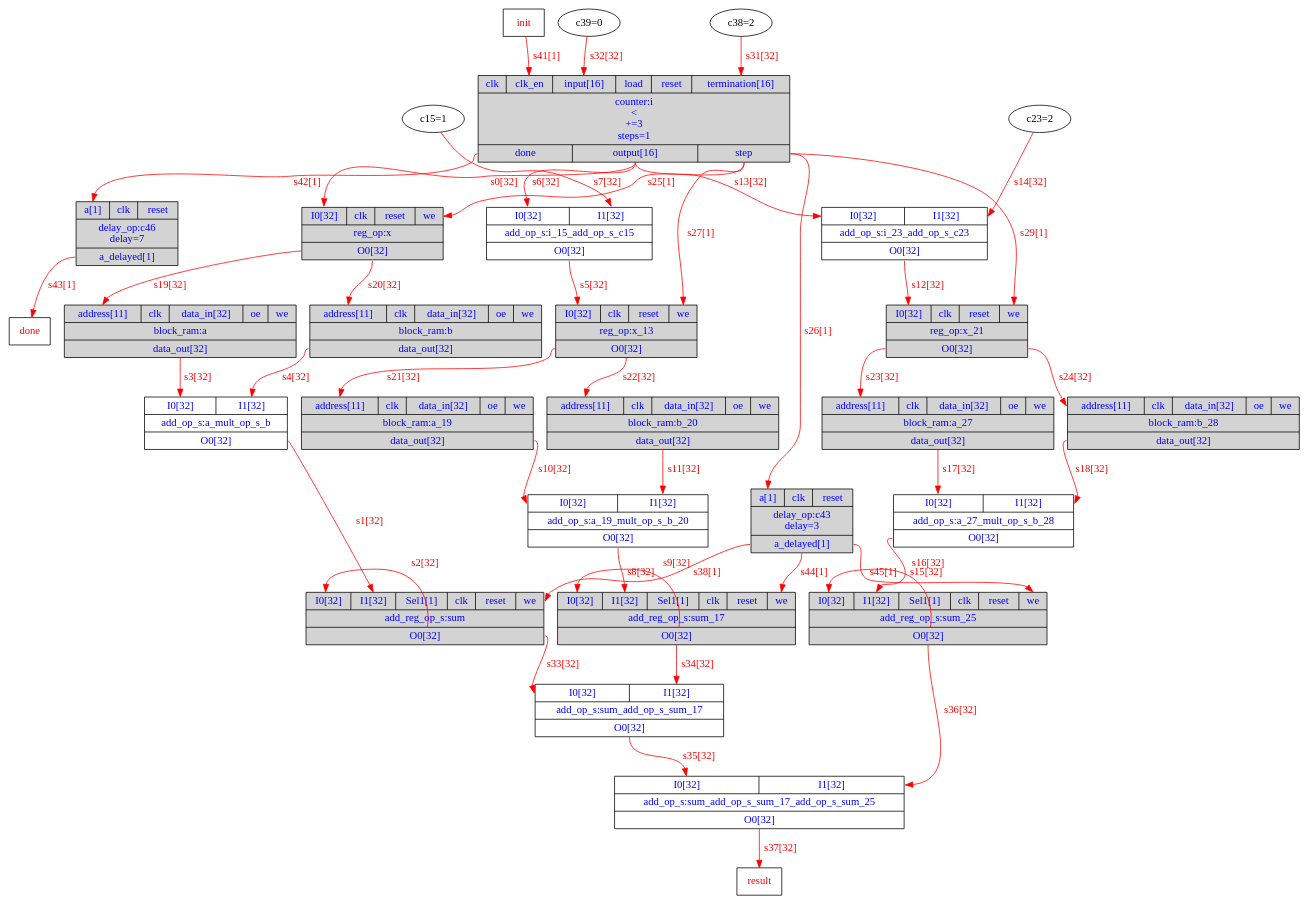
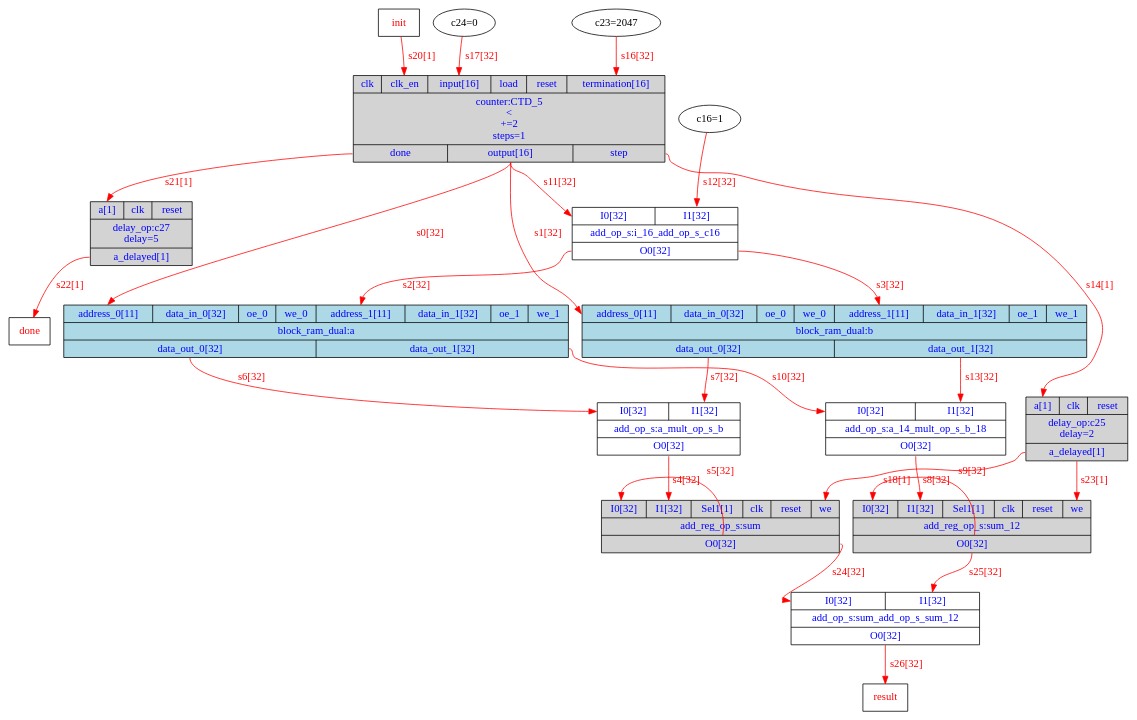
Before and after one commit to menotti/lalp: the diagram in branches/LALPC/Exemplos/dotprod/DOT/Exemplo_HW.dot, drawn with Graphviz. The commit also changed 20 other files, not shown here.

```diff
--- a/branches/LALPC/Exemplos/dotprod/DOT/Exemplo_HW.dot
+++ b/branches/LALPC/Exemplos/dotprod/DOT/Exemplo_HW.dot
@@ -1,68 +1,40 @@
 digraph diagram {
 // Components (Nodes) 
-"i" [shape=record, fontcolor=blue, style="filled", fillcolor="lightgray", label="{{<clk>clk|<clk_en>clk_en|<input>input[16]|<load>load|<reset>reset|<termination>termination[16]}|counter:i\n\<\n+=3\nsteps=1|{<done>done|<output>output[16]|<step>step}}"]; 
-"x" [shape=record, fontcolor=blue, style="filled", fillcolor="lightgray", label="{{<I0>I0[32]|<clk>clk|<reset>reset|<we>we}|reg_op:x|{<O0>O0[32]}}"]; 
+"CTD_5" [shape=record, fontcolor=blue, style="filled", fillcolor="lightgray", label="{{<clk>clk|<clk_en>clk_en|<input>input[16]|<load>load|<reset>reset|<termination>termination[16]}|counter:CTD_5\n\<\n+=2\nsteps=1|{<done>done|<output>output[16]|<step>step}}"]; 
 "sum" [shape=record, fontcolor=blue, style="filled", fillcolor="lightgray", label="{{<I0>I0[32]|<I1>I1[32]|<Sel1>Sel1[1]|<clk>clk|<reset>reset|<we>we}|add_reg_op_s:sum|{<O0>O0[32]}}"]; 
 "a_mult_op_s_b" [shape=record, fontcolor=blue, label="{{<I0>I0[32]|<I1>I1[32]}|add_op_s:a_mult_op_s_b|{<O0>O0[32]}}"]; 
-"a" [shape=record, fontcolor=blue, style="filled", fillcolor="lightgray", label="{{<address>address[11]|<clk>clk|<data_in>data_in[32]|<oe>oe|<we>we}|block_ram:a|{<data_out>data_out[32]}}"]; 
-"b" [shape=record, fontcolor=blue, style="filled", fillcolor="lightgray", label="{{<address>address[11]|<clk>clk|<data_in>data_in[32]|<oe>oe|<we>we}|block_ram:b|{<data_out>data_out[32]}}"]; 
-"x_13" [shape=record, fontcolor=blue, style="filled", fillcolor="lightgray", label="{{<I0>I0[32]|<clk>clk|<reset>reset|<we>we}|reg_op:x_13|{<O0>O0[32]}}"]; 
-"i_15_add_op_s_c15" [shape=record, fontcolor=blue, label="{{<I0>I0[32]|<I1>I1[32]}|add_op_s:i_15_add_op_s_c15|{<O0>O0[32]}}"]; 
-"c15" [fontcolor=b label="c15=1"]"sum_17" [shape=record, fontcolor=blue, style="filled", fillcolor="lightgray", label="{{<I0>I0[32]|<I1>I1[32]|<Sel1>Sel1[1]|<clk>clk|<reset>reset|<we>we}|add_reg_op_s:sum_17|{<O0>O0[32]}}"]; 
-"a_19_mult_op_s_b_20" [shape=record, fontcolor=blue, label="{{<I0>I0[32]|<I1>I1[32]}|add_op_s:a_19_mult_op_s_b_20|{<O0>O0[32]}}"]; 
-"a_19" [shape=record, fontcolor=blue, style="filled", fillcolor="lightgray", label="{{<address>address[11]|<clk>clk|<data_in>data_in[32]|<oe>oe|<we>we}|block_ram:a_19|{<data_out>data_out[32]}}"]; 
-"b_20" [shape=record, fontcolor=blue, style="filled", fillcolor="lightgray", label="{{<address>address[11]|<clk>clk|<data_in>data_in[32]|<oe>oe|<we>we}|block_ram:b_20|{<data_out>data_out[32]}}"]; 
-"x_21" [shape=record, fontcolor=blue, style="filled", fillcolor="lightgray", label="{{<I0>I0[32]|<clk>clk|<reset>reset|<we>we}|reg_op:x_21|{<O0>O0[32]}}"]; 
-"i_23_add_op_s_c23" [shape=record, fontcolor=blue, label="{{<I0>I0[32]|<I1>I1[32]}|add_op_s:i_23_add_op_s_c23|{<O0>O0[32]}}"]; 
-"c23" [fontcolor=b label="c23=2"]"sum_25" [shape=record, fontcolor=blue, style="filled", fillcolor="lightgray", label="{{<I0>I0[32]|<I1>I1[32]|<Sel1>Sel1[1]|<clk>clk|<reset>reset|<we>we}|add_reg_op_s:sum_25|{<O0>O0[32]}}"]; 
-"a_27_mult_op_s_b_28" [shape=record, fontcolor=blue, label="{{<I0>I0[32]|<I1>I1[32]}|add_op_s:a_27_mult_op_s_b_28|{<O0>O0[32]}}"]; 
-"a_27" [shape=record, fontcolor=blue, style="filled", fillcolor="lightgray", label="{{<address>address[11]|<clk>clk|<data_in>data_in[32]|<oe>oe|<we>we}|block_ram:a_27|{<data_out>data_out[32]}}"]; 
-"b_28" [shape=record, fontcolor=blue, style="filled", fillcolor="lightgray", label="{{<address>address[11]|<clk>clk|<data_in>data_in[32]|<oe>oe|<we>we}|block_ram:b_28|{<data_out>data_out[32]}}"]; 
-"init" [shape=msquare fontcolor=red label="init"]"done" [shape=msquare fontcolor=red label="done"]"c38" [fontcolor=b label="c38=2"]"c39" [fontcolor=b label="c39=0"]"sum_add_op_s_sum_17" [shape=record, fontcolor=blue, label="{{<I0>I0[32]|<I1>I1[32]}|add_op_s:sum_add_op_s_sum_17|{<O0>O0[32]}}"]; 
-"sum_add_op_s_sum_17_add_op_s_sum_25" [shape=record, fontcolor=blue, label="{{<I0>I0[32]|<I1>I1[32]}|add_op_s:sum_add_op_s_sum_17_add_op_s_sum_25|{<O0>O0[32]}}"]; 
-"result" [shape=msquare fontcolor=red label="result"]"c43" [shape=record, fontcolor=blue, style="filled", fillcolor="lightgray", label="{{<a>a[1]|<clk>clk|<reset>reset}|delay_op:c43\ndelay=3|{<a_delayed>a_delayed[1]}}"]; 
-"c46" [shape=record, fontcolor=blue, style="filled", fillcolor="lightgray", label="{{<a>a[1]|<clk>clk|<reset>reset}|delay_op:c46\ndelay=7|{<a_delayed>a_delayed[1]}}"]; 
+"sum_12" [shape=record, fontcolor=blue, style="filled", fillcolor="lightgray", label="{{<I0>I0[32]|<I1>I1[32]|<Sel1>Sel1[1]|<clk>clk|<reset>reset|<we>we}|add_reg_op_s:sum_12|{<O0>O0[32]}}"]; 
+"a_14_mult_op_s_b_18" [shape=record, fontcolor=blue, label="{{<I0>I0[32]|<I1>I1[32]}|add_op_s:a_14_mult_op_s_b_18|{<O0>O0[32]}}"]; 
+"i_16_add_op_s_c16" [shape=record, fontcolor=blue, label="{{<I0>I0[32]|<I1>I1[32]}|add_op_s:i_16_add_op_s_c16|{<O0>O0[32]}}"]; 
+"c16" [fontcolor=b label="c16=1"]"init" [shape=msquare fontcolor=red label="init"]"done" [shape=msquare fontcolor=red label="done"]"c23" [fontcolor=b label="c23=2047"]"c24" [fontcolor=b label="c24=0"]"c25" [shape=record, fontcolor=blue, style="filled", fillcolor="lightgray", label="{{<a>a[1]|<clk>clk|<reset>reset}|delay_op:c25\ndelay=2|{<a_delayed>a_delayed[1]}}"]; 
+"c27" [shape=record, fontcolor=blue, style="filled", fillcolor="lightgray", label="{{<a>a[1]|<clk>clk|<reset>reset}|delay_op:c27\ndelay=5|{<a_delayed>a_delayed[1]}}"]; 
+"sum_add_op_s_sum_12" [shape=record, fontcolor=blue, label="{{<I0>I0[32]|<I1>I1[32]}|add_op_s:sum_add_op_s_sum_12|{<O0>O0[32]}}"]; 
+"result" [shape=msquare fontcolor=red label="result"]"a" [shape=record, fontcolor=blue, style="filled", fillcolor="lightblue", label="{{<address_0>address_0[11]|<data_in_0>data_in_0[32]|<oe_0>oe_0|<we_0>we_0|<address_1>address_1[11]|<data_in_1>data_in_1[32]|<oe_1>oe_1|<we_1>we_1}|block_ram_dual:a|{<data_out_0>data_out_0[32]|<data_out_1>data_out_1[32]}}"]; 
+"b" [shape=record, fontcolor=blue, style="filled", fillcolor="lightblue", label="{{<address_0>address_0[11]|<data_in_0>data_in_0[32]|<oe_0>oe_0|<we_0>we_0|<address_1>address_1[11]|<data_in_1>data_in_1[32]|<oe_1>oe_1|<we_1>we_1}|block_ram_dual:b|{<data_out_0>data_out_0[32]|<data_out_1>data_out_1[32]}}"]; 
 // Signals (Edges) 
-"i":output -> "x":I0[label="s0[32]" color=red fontcolor=red]; 
-"a_mult_op_s_b":O0 -> "sum":I1[label="s1[32]" color=red fontcolor=red]; 
-"sum":O0 -> "sum":I0[label="s2[32]" color=red fontcolor=red]; 
-"a":data_out -> "a_mult_op_s_b":I0[label="s3[32]" color=red fontcolor=red]; 
-"b":data_out -> "a_mult_op_s_b":I1[label="s4[32]" color=red fontcolor=red]; 
-"i_15_add_op_s_c15":O0 -> "x_13":I0[label="s5[32]" color=red fontcolor=red]; 
-"i":output -> "i_15_add_op_s_c15":I0[label="s6[32]" color=red fontcolor=red]; 
-"c15":out -> "i_15_add_op_s_c15":I1[label="s7[32]" color=red fontcolor=red]; 
-"a_19_mult_op_s_b_20":O0 -> "sum_17":I1[label="s8[32]" color=red fontcolor=red]; 
-"sum_17":O0 -> "sum_17":I0[label="s9[32]" color=red fontcolor=red]; 
-"a_19":data_out -> "a_19_mult_op_s_b_20":I0[label="s10[32]" color=red fontcolor=red]; 
-"b_20":data_out -> "a_19_mult_op_s_b_20":I1[label="s11[32]" color=red fontcolor=red]; 
-"i_23_add_op_s_c23":O0 -> "x_21":I0[label="s12[32]" color=red fontcolor=red]; 
-"i":output -> "i_23_add_op_s_c23":I0[label="s13[32]" color=red fontcolor=red]; 
-"c23":out -> "i_23_add_op_s_c23":I1[label="s14[32]" color=red fontcolor=red]; 
-"a_27_mult_op_s_b_28":O0 -> "sum_25":I1[label="s15[32]" color=red fontcolor=red]; 
-"sum_25":O0 -> "sum_25":I0[label="s16[32]" color=red fontcolor=red]; 
-"a_27":data_out -> "a_27_mult_op_s_b_28":I0[label="s17[32]" color=red fontcolor=red]; 
-"b_28":data_out -> "a_27_mult_op_s_b_28":I1[label="s18[32]" color=red fontcolor=red]; 
-"x":O0 -> "a":address[label="s19[32]" color=red fontcolor=red]; 
-"x":O0 -> "b":address[label="s20[32]" color=red fontcolor=red]; 
-"x_13":O0 -> "a_19":address[label="s21[32]" color=red fontcolor=red]; 
-"x_13":O0 -> "b_20":address[label="s22[32]" color=red fontcolor=red]; 
-"x_21":O0 -> "a_27":address[label="s23[32]" color=red fontcolor=red]; 
-"x_21":O0 -> "b_28":address[label="s24[32]" color=red fontcolor=red]; 
-"i":step -> "x":we[label="s25[1]" color=red fontcolor=red]; 
-"i":step -> "c43":a[label="s26[1]" color=red fontcolor=red]; 
-"i":step -> "x_13":we[label="s27[1]" color=red fontcolor=red]; 
-"i":step -> "x_21":we[label="s29[1]" color=red fontcolor=red]; 
-"c38":out -> "i":termination[label="s31[32]" color=red fontcolor=red]; 
-"c39":out -> "i":input[label="s32[32]" color=red fontcolor=red]; 
-"sum":O0 -> "sum_add_op_s_sum_17":I0[label="s33[32]" color=red fontcolor=red]; 
-"sum_17":O0 -> "sum_add_op_s_sum_17":I1[label="s34[32]" color=red fontcolor=red]; 
-"sum_add_op_s_sum_17":O0 -> "sum_add_op_s_sum_17_add_op_s_sum_25":I0[label="s35[32]" color=red fontcolor=red]; 
-"sum_25":O0 -> "sum_add_op_s_sum_17_add_op_s_sum_25":I1[label="s36[32]" color=red fontcolor=red]; 
-"sum_add_op_s_sum_17_add_op_s_sum_25":O0 -> "result":in[label="s37[32]" color=red fontcolor=red]; 
-"c43":a_delayed -> "sum":we[label="s38[1]" color=red fontcolor=red]; 
-"init":out -> "i":clk_en[label="s41[1]" color=red fontcolor=red]; 
-"i":done -> "c46":a[label="s42[1]" color=red fontcolor=red]; 
-"c46":a_delayed -> "done":in[label="s43[1]" color=red fontcolor=red]; 
-"c43":a_delayed -> "sum_17":we[label="s44[1]" color=red fontcolor=red]; 
-"c43":a_delayed -> "sum_25":we[label="s45[1]" color=red fontcolor=red]; 
+"CTD_5":output -> "a":address_0[label="s0[32]" color=red fontcolor=red]; 
+"CTD_5":output -> "b":address_0[label="s1[32]" color=red fontcolor=red]; 
+"i_16_add_op_s_c16":O0 -> "a":address_1[label="s2[32]" color=red fontcolor=red]; 
+"i_16_add_op_s_c16":O0 -> "b":address_1[label="s3[32]" color=red fontcolor=red]; 
+"a_mult_op_s_b":O0 -> "sum":I1[label="s4[32]" color=red fontcolor=red]; 
+"sum":O0 -> "sum":I0[label="s5[32]" color=red fontcolor=red]; 
+"a":data_out_0 -> "a_mult_op_s_b":I0[label="s6[32]" color=red fontcolor=red]; 
+"b":data_out_0 -> "a_mult_op_s_b":I1[label="s7[32]" color=red fontcolor=red]; 
+"a_14_mult_op_s_b_18":O0 -> "sum_12":I1[label="s8[32]" color=red fontcolor=red]; 
+"sum_12":O0 -> "sum_12":I0[label="s9[32]" color=red fontcolor=red]; 
+"a":data_out_1 -> "a_14_mult_op_s_b_18":I0[label="s10[32]" color=red fontcolor=red]; 
+"CTD_5":output -> "i_16_add_op_s_c16":I0[label="s11[32]" color=red fontcolor=red]; 
+"c16":out -> "i_16_add_op_s_c16":I1[label="s12[32]" color=red fontcolor=red]; 
+"b":data_out_1 -> "a_14_mult_op_s_b_18":I1[label="s13[32]" color=red fontcolor=red]; 
+"CTD_5":step -> "c25":a[label="s14[1]" color=red fontcolor=red]; 
+"c23":out -> "CTD_5":termination[label="s16[32]" color=red fontcolor=red]; 
+"c24":out -> "CTD_5":input[label="s17[32]" color=red fontcolor=red]; 
+"c25":a_delayed -> "sum":we[label="s18[1]" color=red fontcolor=red]; 
+"init":out -> "CTD_5":clk_en[label="s20[1]" color=red fontcolor=red]; 
+"CTD_5":done -> "c27":a[label="s21[1]" color=red fontcolor=red]; 
+"c27":a_delayed -> "done":in[label="s22[1]" color=red fontcolor=red]; 
+"c25":a_delayed -> "sum_12":we[label="s23[1]" color=red fontcolor=red]; 
+"sum":O0 -> "sum_add_op_s_sum_12":I0[label="s24[32]" color=red fontcolor=red]; 
+"sum_12":O0 -> "sum_add_op_s_sum_12":I1[label="s25[32]" color=red fontcolor=red]; 
+"sum_add_op_s_sum_12":O0 -> "result":in[label="s26[32]" color=red fontcolor=red]; 
 }
```
